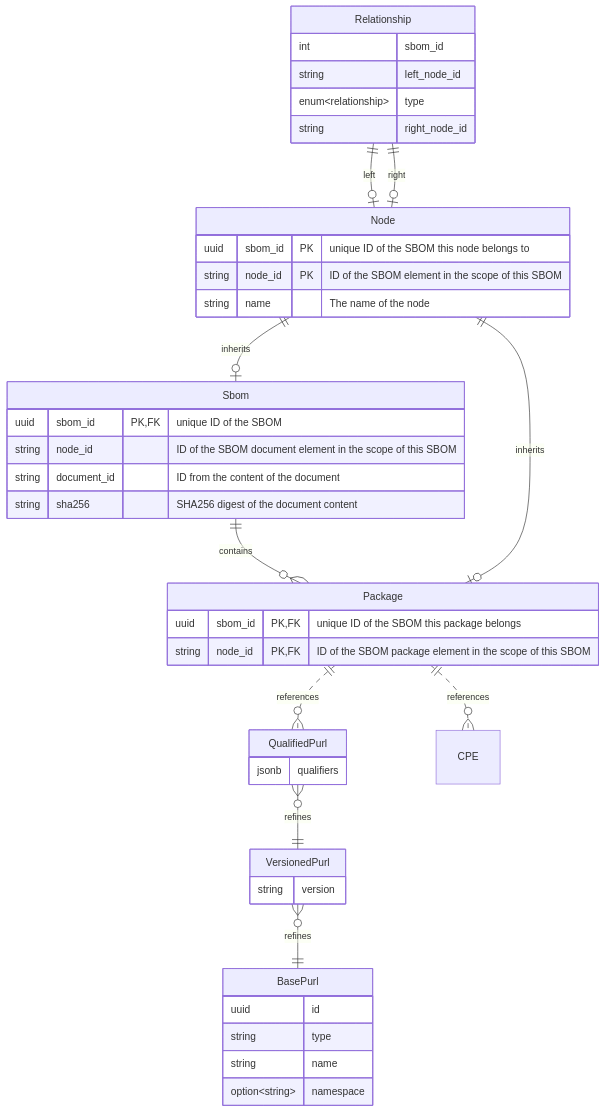
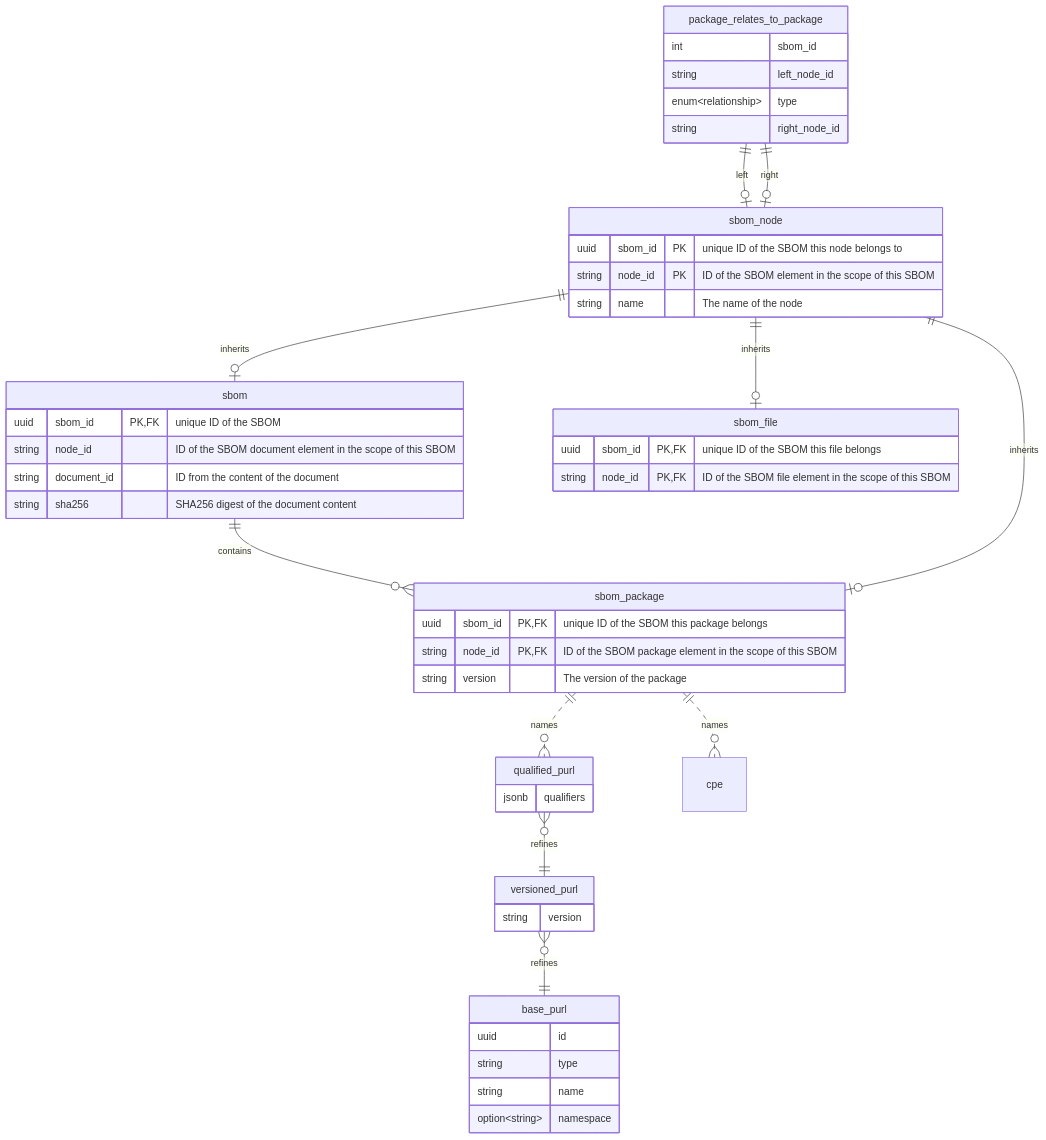
One commit to trustification/trustify changed the diagram in docs/design/sbom.md. Above: the diagram before and after it, drawn with Mermaid. The commit also changed other lines of this file, not shown here.

Commit message:
docs: amend the sbom design document with recent changes

````diff
--- a/docs/design/sbom.md
+++ b/docs/design/sbom.md
@@ -21,55 +24,63 @@
 ```mermaid
 erDiagram
-    Sbom {
+    sbom {
         uuid sbom_id PK, FK "unique ID of the SBOM"
         string node_id "ID of the SBOM document element in the scope of this SBOM"
 
         string document_id "ID from the content of the document"
         string sha256 "SHA256 digest of the document content"
     }
 
-    Package {
+    sbom_package {
         uuid sbom_id PK, FK "unique ID of the SBOM this package belongs"
         string node_id PK, FK "ID of the SBOM package element in the scope of this SBOM"
+        string version "The version of the package"
     }
 
-    Node {
+    sbom_file {
+        uuid sbom_id PK, FK "unique ID of the SBOM this file belongs"
+        string node_id PK, FK "ID of the SBOM file element in the scope of this SBOM"
+    }
+
+    sbom_node {
         uuid sbom_id PK "unique ID of the SBOM this node belongs to"
         string node_id PK "ID of the SBOM element in the scope of this SBOM"
         
         string name "The name of the node"
     }
 
-    Relationship {
+    package_relates_to_package {
         int sbom_id
         string left_node_id
         enum~relationship~ type
         string right_node_id
     }
 
-    Sbom 1 to 0+ Package: contains
+    sbom 1 to 0+ sbom_package: contains
 
-    BasePurl {
+    base_purl {
         uuid id
         string type
         string name
         option~string~ namespace
     }
-    VersionedPurl {
+    versioned_purl {
         string version
     }
-    QualifiedPurl {
+    qualified_purl {
         jsonb qualifiers
     }
 
-    QualifiedPurl 0+ to 1 VersionedPurl: refines
-    VersionedPurl 0+ to 1 BasePurl: refines
-    CPE
+    qualified_purl 0+ to 1 versioned_purl: refines
+    versioned_purl 0+ to 1 base_purl: refines
+    cpe
 
-    Package 1 optionally to 0+ QualifiedPurl: references
-    Package 1 optionally to 0+ CPE: references
-    Node 1 to zero or one Package: inherits
-    Node 1 to zero or one Sbom: inherits
-    Relationship 1 to zero or one Node: left
-    Relationship 1 to zero or one Node: right
+    sbom_package 1 optionally to 0+ qualified_purl: names
+    sbom_package 1 optionally to 0+ cpe: names
+
+    sbom_node 1 to zero or one sbom_file: inherits
+    sbom_node 1 to zero or one sbom_package: inherits
+    sbom_node 1 to zero or one sbom: inherits
+    package_relates_to_package 1 to zero or one sbom_node: left
+    package_relates_to_package 1 to zero or one sbom_node: right
 ```
````
